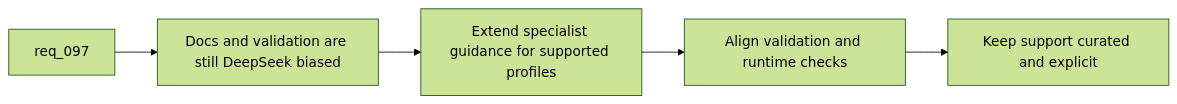
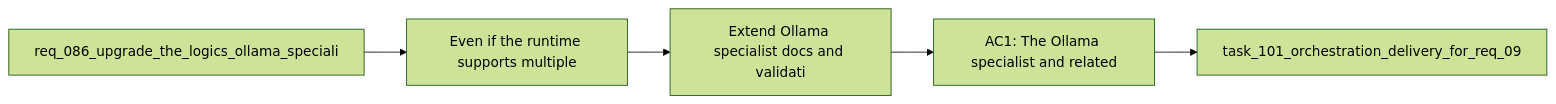
Before and after one commit to AlexAgo83/logics-manager: the diagram in logics/backlog/item_163_extend_ollama_specialist_docs_and_validation_surfaces_for_supported_deepseek_and_qwen_profiles.md, drawn with Mermaid (forest theme). The commit also changed 481 other files, not shown here.

````diff
--- a/logics/backlog/item_163_extend_ollama_specialist_docs_and_validation_surfaces_for_supported_deepseek_and_qwen_profiles.md
+++ b/logics/backlog/item_163_extend_ollama_specialist_docs_and_validation_surfaces_for_supported_deepseek_and_qwen_profiles.md
@@ -28,9 +28,9 @@
 ```mermaid
 %% logics-kind: backlog
 %% logics-signature: backlog|extend-ollama-specialist-docs-and-valida|req-086-upgrade-the-logics-ollama-specia|even-if-the-runtime-supports-multiple|ac1-the-ollama-specialist-and-related
 flowchart LR
-    Request[req_097] --> Problem[Docs and validation are still DeepSeek biased]
-    Problem --> Specialist[Extend specialist guidance for supported profiles]
-    Specialist --> Validate[Align validation and runtime checks]
-    Validate --> Bound[Keep support curated and explicit]
+    Request[req_086_upgrade_the_logics_ollama_speciali] --> Problem[Even if the runtime supports multiple]
+    Problem --> Scope[Extend Ollama specialist docs and validati]
+    Scope --> Acceptance[AC1: The Ollama specialist and related]
+    Acceptance --> Tasks[task_101_orchestration_delivery_for_req_09]
 ```
````
